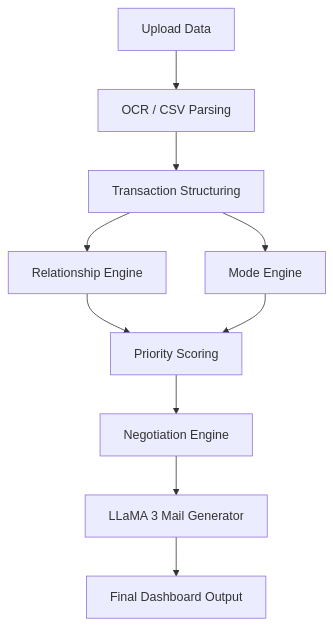
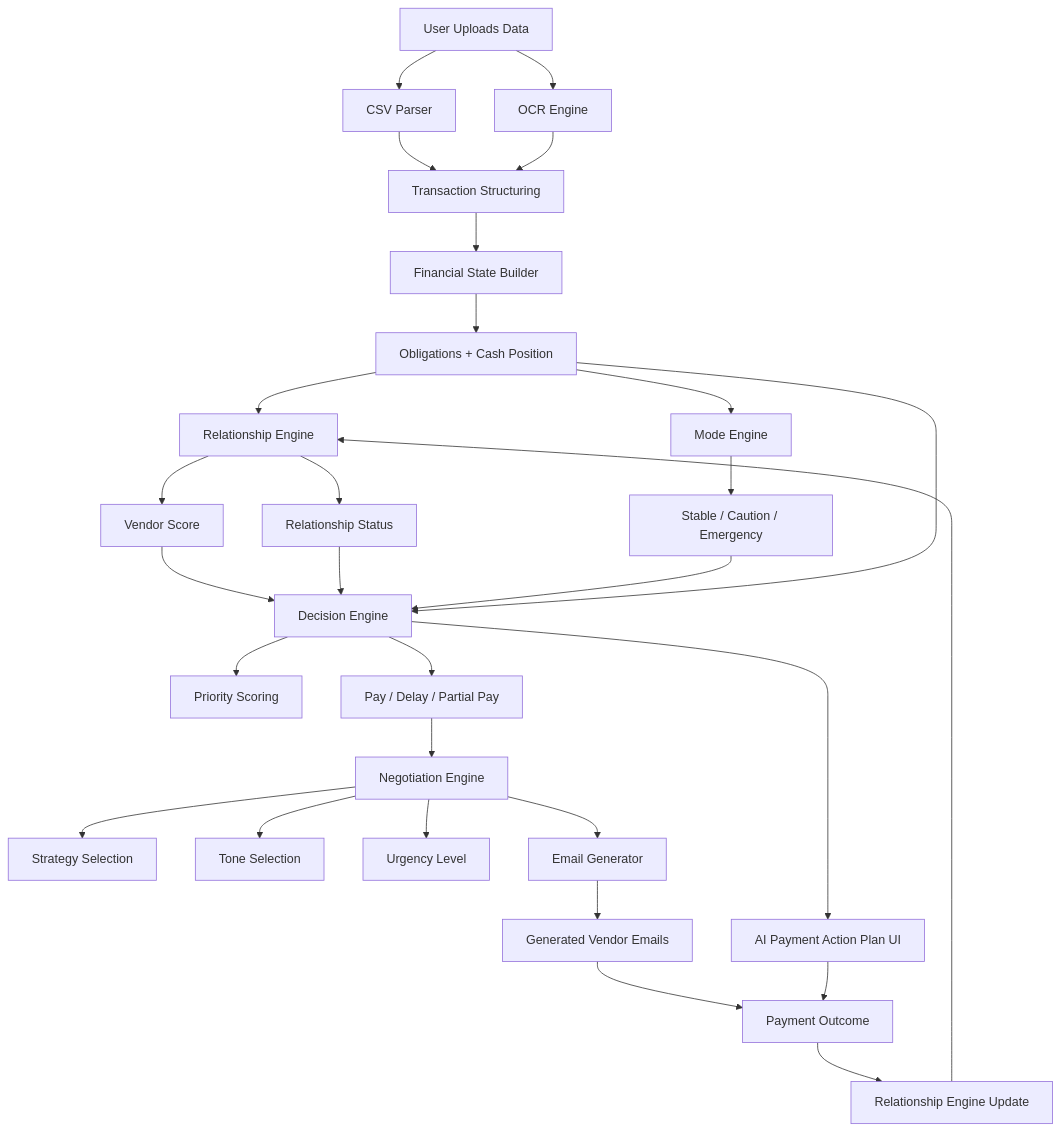
Before and after one commit to Siddharth-G06/Floater: the diagram in README.md, drawn with Mermaid. The commit also changed other lines of this file, not shown here.

````diff
--- a/README.md
+++ b/README.md
@@ -60,12 +60,55 @@
 ```mermaid
 flowchart TD
-    A[Upload Data] --> B[OCR / CSV Parsing]
-    B --> C[Transaction Structuring]
-    C --> D[Relationship Engine]
-    C --> E[Mode Engine]
-    D --> F[Priority Scoring]
-    E --> F
-    F --> G[Negotiation Engine]
-    G --> H[LLaMA 3 Mail Generator]
-    H --> I[Final Dashboard Output]
+
+    %% ---------------- INPUT ----------------
+    A[User Uploads Data] --> B1[CSV Parser]
+    A --> B2[OCR Engine]
+
+    B1 --> C[Transaction Structuring]
+    B2 --> C
+
+    %% ---------------- CORE STATE ----------------
+    C --> D[Financial State Builder]
+    D --> E[Obligations + Cash Position]
+
+    %% ---------------- ENGINES ----------------
+    E --> F1[Relationship Engine]
+    E --> F2[Mode Engine]
+
+    %% Relationship Engine Outputs
+    F1 --> F1A[Vendor Score]
+    F1 --> F1B[Relationship Status]
+
+    %% Mode Engine Outputs
+    F2 --> F2A[Stable / Caution / Emergency]
+
+    %% ---------------- DECISION ----------------
+    F1A --> G[Decision Engine]
+    F1B --> G
+    F2A --> G
+    E --> G
+
+    G --> G1[Priority Scoring]
+    G --> G2[Pay / Delay / Partial Pay]
+
+    %% ---------------- NEGOTIATION ----------------
+    G2 --> H[Negotiation Engine]
+
+    H --> H1[Strategy Selection]
+    H --> H2[Tone Selection]
+    H --> H3[Urgency Level]
+
+    %% ---------------- OUTPUT ----------------
+    H --> I[Email Generator]
+
+    I --> J[Generated Vendor Emails]
+    G --> K[AI Payment Action Plan UI]
+
+    %% ---------------- FEEDBACK LOOP ----------------
+    J --> L[Payment Outcome]
+    K --> L
+
+    L --> M[Relationship Engine Update]
+
+    M --> F1
 ```
````
